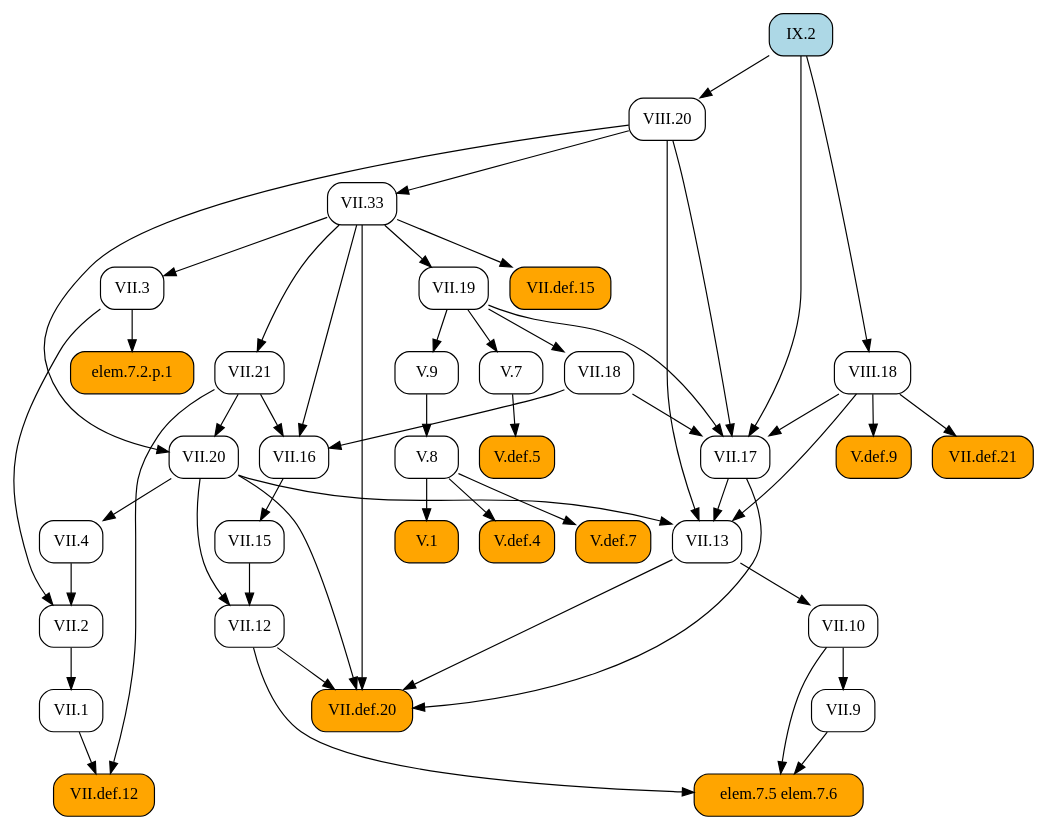
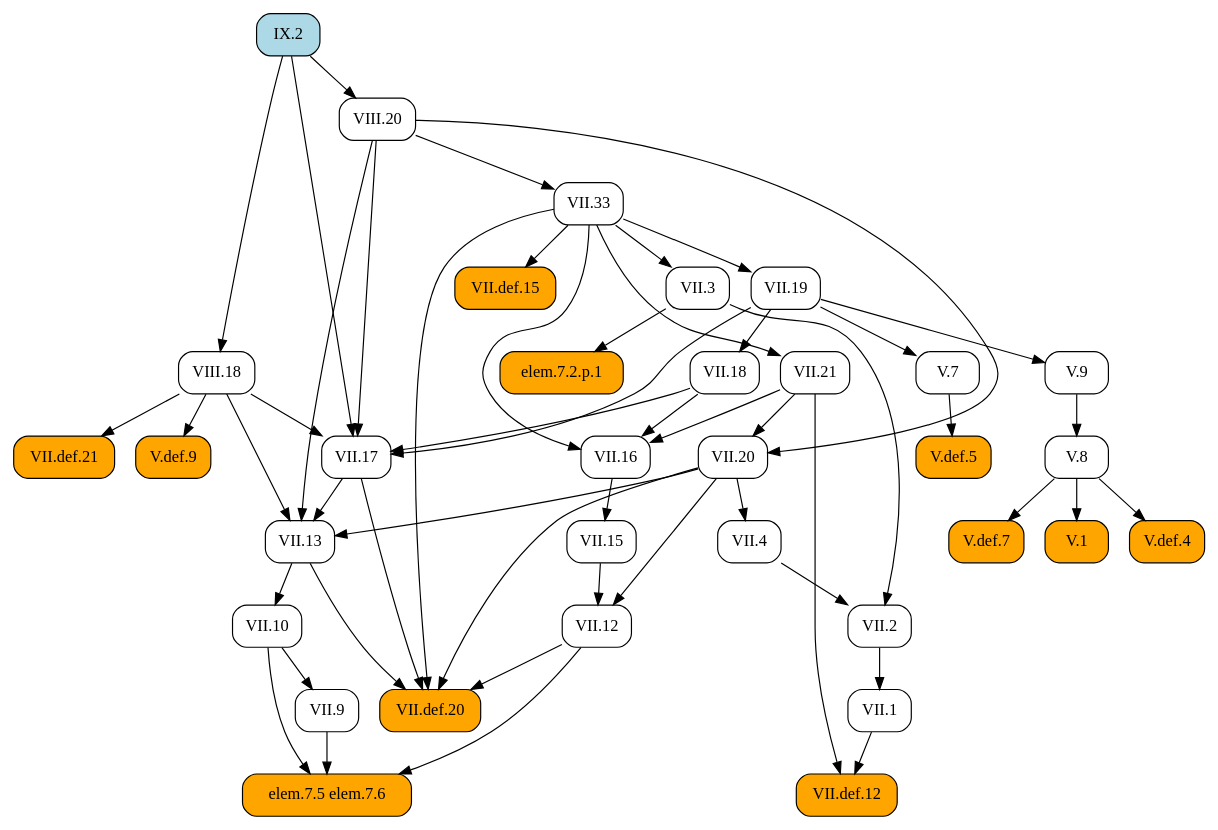
Before and after one commit to geometor/elements: the diagram in docsrc/heath/IX/2/index.rst, drawn with Graphviz. The commit also changed other lines of this file and 1029 other files, not shown here.

```diff
--- a/docsrc/heath/IX/2/index.rst
+++ b/docsrc/heath/IX/2/index.rst
@@ -38,88 +38,88 @@
    digraph {
      rankdir="TB";
      node [shape=box, style=rounded];
+     "VII.1" [URL="/heath/VII/1/", target="_top"];
+     "VII.9" [URL="/heath/VII/9/", target="_top"];
+     "IX.2" [style="rounded,filled", fillcolor=lightblue, URL="/heath/IX/2/", target="_top"];
+     "V.def.5" [style="rounded,filled", fillcolor=orange, URL="/heath/V/def.5/", target="_top"];
+     "VII.3" [URL="/heath/VII/3/", target="_top"];
+     "VII.17" [URL="/heath/VII/17/", target="_top"];
+     "elem.7.5 elem.7.6" [style="rounded,filled", fillcolor=orange];
+     "VII.def.21" [style="rounded,filled", fillcolor=orange, URL="/heath/VII/def.21/", target="_top"];
+     "V.7" [URL="/heath/V/7/", target="_top"];
+     "V.9" [URL="/heath/V/9/", target="_top"];
+     "VII.13" [URL="/heath/VII/13/", target="_top"];
+     "VII.2" [URL="/heath/VII/2/", target="_top"];
+     "VII.12" [URL="/heath/VII/12/", target="_top"];
+     "VII.def.12" [style="rounded,filled", fillcolor=orange, URL="/heath/VII/def.12/", target="_top"];
+     "V.8" [URL="/heath/V/8/", target="_top"];
+     "VII.33" [URL="/heath/VII/33/", target="_top"];
+     "V.def.9" [style="rounded,filled", fillcolor=orange, URL="/heath/V/def.9/", target="_top"];
+     "elem.7.2.p.1" [style="rounded,filled", fillcolor=orange];
+     "VIII.18" [URL="/heath/VIII/18/", target="_top"];
+     "VII.10" [URL="/heath/VII/10/", target="_top"];
+     "VII.def.15" [style="rounded,filled", fillcolor=orange, URL="/heath/VII/def.15/", target="_top"];
+     "VII.19" [URL="/heath/VII/19/", target="_top"];
+     "VII.18" [URL="/heath/VII/18/", target="_top"];
+     "VII.16" [URL="/heath/VII/16/", target="_top"];
+     "VII.4" [URL="/heath/VII/4/", target="_top"];
+     "VII.21" [URL="/heath/VII/21/", target="_top"];
      "V.1" [style="rounded,filled", fillcolor=orange, URL="/heath/V/1/", target="_top"];
-     "VII.12" [URL="/heath/VII/12/", target="_top"];
-     "VII.16" [URL="/heath/VII/16/", target="_top"];
-     "VII.13" [URL="/heath/VII/13/", target="_top"];
+     "VII.20" [URL="/heath/VII/20/", target="_top"];
      "V.def.4" [style="rounded,filled", fillcolor=orange, URL="/heath/V/def.4/", target="_top"];
-     "VII.def.15" [style="rounded,filled", fillcolor=orange, URL="/heath/VII/def.15/", target="_top"];
-     "VII.18" [URL="/heath/VII/18/", target="_top"];
-     "V.8" [URL="/heath/V/8/", target="_top"];
-     "VII.21" [URL="/heath/VII/21/", target="_top"];
      "VIII.20" [URL="/heath/VIII/20/", target="_top"];
-     "V.7" [URL="/heath/V/7/", target="_top"];
+     "V.def.7" [style="rounded,filled", fillcolor=orange, URL="/heath/V/def.7/", target="_top"];
      "VII.15" [URL="/heath/VII/15/", target="_top"];
-     "VII.def.12" [style="rounded,filled", fillcolor=orange, URL="/heath/VII/def.12/", target="_top"];
-     "VIII.18" [URL="/heath/VIII/18/", target="_top"];
-     "VII.2" [URL="/heath/VII/2/", target="_top"];
      "VII.def.20" [style="rounded,filled", fillcolor=orange, URL="/heath/VII/def.20/", target="_top"];
-     "VII.3" [URL="/heath/VII/3/", target="_top"];
-     "elem.7.5 elem.7.6" [style="rounded,filled", fillcolor=orange];
-     "VII.10" [URL="/heath/VII/10/", target="_top"];
-     "V.def.7" [style="rounded,filled", fillcolor=orange, URL="/heath/V/def.7/", target="_top"];
-     "V.def.9" [style="rounded,filled", fillcolor=orange, URL="/heath/V/def.9/", target="_top"];
-     "VII.20" [URL="/heath/VII/20/", target="_top"];
-     "IX.2" [style="rounded,filled", fillcolor=lightblue, URL="/heath/IX/2/", target="_top"];
-     "VII.9" [URL="/heath/VII/9/", target="_top"];
-     "VII.19" [URL="/heath/VII/19/", target="_top"];
-     "VII.4" [URL="/heath/VII/4/", target="_top"];
-     "elem.7.2.p.1" [style="rounded,filled", fillcolor=orange];
-     "V.9" [URL="/heath/V/9/", target="_top"];
-     "VII.1" [URL="/heath/VII/1/", target="_top"];
-     "VII.33" [URL="/heath/VII/33/", target="_top"];
-     "VII.def.21" [style="rounded,filled", fillcolor=orange, URL="/heath/VII/def.21/", target="_top"];
-     "V.def.5" [style="rounded,filled", fillcolor=orange, URL="/heath/V/def.5/", target="_top"];
-     "VII.17" [URL="/heath/VII/17/", target="_top"];
-     "V.8" -> "V.1";
-     "VII.15" -> "VII.12";
-     "VII.20" -> "VII.12";
-     "VII.18" -> "VII.16";
-     "VII.21" -> "VII.16";
-     "VII.33" -> "VII.16";
+     "VII.2" -> "VII.1";
+     "VII.10" -> "VII.9";
+     "V.7" -> "V.def.5";
+     "VII.33" -> "VII.3";
+     "VII.18" -> "VII.17";
+     "VII.19" -> "VII.17";
+     "VIII.18" -> "VII.17";
+     "VIII.20" -> "VII.17";
+     "IX.2" -> "VII.17";
+     "VII.9" -> "elem.7.5 elem.7.6";
+     "VII.10" -> "elem.7.5 elem.7.6";
+     "VII.12" -> "elem.7.5 elem.7.6";
+     "VIII.18" -> "VII.def.21";
+     "VII.19" -> "V.7";
+     "VII.19" -> "V.9";
      "VII.17" -> "VII.13";
      "VII.20" -> "VII.13";
      "VIII.18" -> "VII.13";
      "VIII.20" -> "VII.13";
-     "V.8" -> "V.def.4";
-     "VII.33" -> "VII.def.15";
-     "VII.19" -> "VII.18";
-     "V.9" -> "V.8";
-     "VII.33" -> "VII.21";
-     "IX.2" -> "VIII.20";
-     "VII.19" -> "V.7";
-     "VII.16" -> "VII.15";
+     "VII.3" -> "VII.2";
+     "VII.4" -> "VII.2";
+     "VII.15" -> "VII.12";
+     "VII.20" -> "VII.12";
      "VII.1" -> "VII.def.12";
      "VII.21" -> "VII.def.12";
+     "V.9" -> "V.8";
+     "VIII.20" -> "VII.33";
+     "VIII.18" -> "V.def.9";
+     "VII.3" -> "elem.7.2.p.1";
      "IX.2" -> "VIII.18";
-     "VII.3" -> "VII.2";
-     "VII.4" -> "VII.2";
+     "VII.13" -> "VII.10";
+     "VII.33" -> "VII.def.15";
+     "VII.33" -> "VII.19";
+     "VII.19" -> "VII.18";
+     "VII.18" -> "VII.16";
+     "VII.21" -> "VII.16";
+     "VII.33" -> "VII.16";
+     "VII.20" -> "VII.4";
+     "VII.33" -> "VII.21";
+     "V.8" -> "V.1";
+     "VII.21" -> "VII.20";
+     "VIII.20" -> "VII.20";
+     "V.8" -> "V.def.4";
+     "IX.2" -> "VIII.20";
+     "V.8" -> "V.def.7";
+     "VII.16" -> "VII.15";
      "VII.12" -> "VII.def.20";
      "VII.13" -> "VII.def.20";
      "VII.17" -> "VII.def.20";
      "VII.20" -> "VII.def.20";
      "VII.33" -> "VII.def.20";
-     "VII.33" -> "VII.3";
-     "VII.9" -> "elem.7.5 elem.7.6";
-     "VII.10" -> "elem.7.5 elem.7.6";
-     "VII.12" -> "elem.7.5 elem.7.6";
-     "VII.13" -> "VII.10";
-     "V.8" -> "V.def.7";
-     "VIII.18" -> "V.def.9";
-     "VII.21" -> "VII.20";
-     "VIII.20" -> "VII.20";
-     "VII.10" -> "VII.9";
-     "VII.33" -> "VII.19";
-     "VII.20" -> "VII.4";
-     "VII.3" -> "elem.7.2.p.1";
-     "VII.19" -> "V.9";
-     "VII.2" -> "VII.1";
-     "VIII.20" -> "VII.33";
-     "VIII.18" -> "VII.def.21";
-     "V.7" -> "V.def.5";
-     "VII.18" -> "VII.17";
-     "VII.19" -> "VII.17";
-     "VIII.18" -> "VII.17";
-     "VIII.20" -> "VII.17";
-     "IX.2" -> "VII.17";
    }
```
